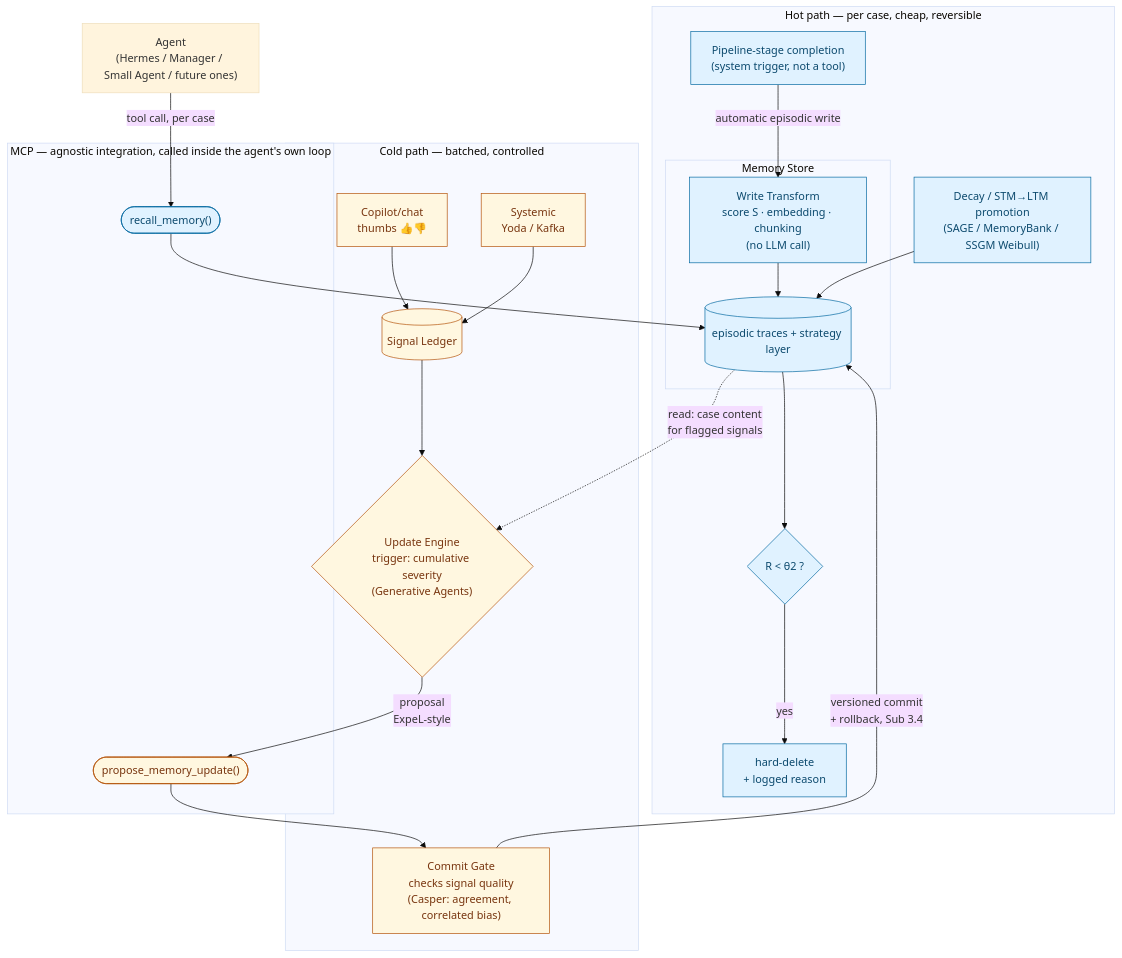
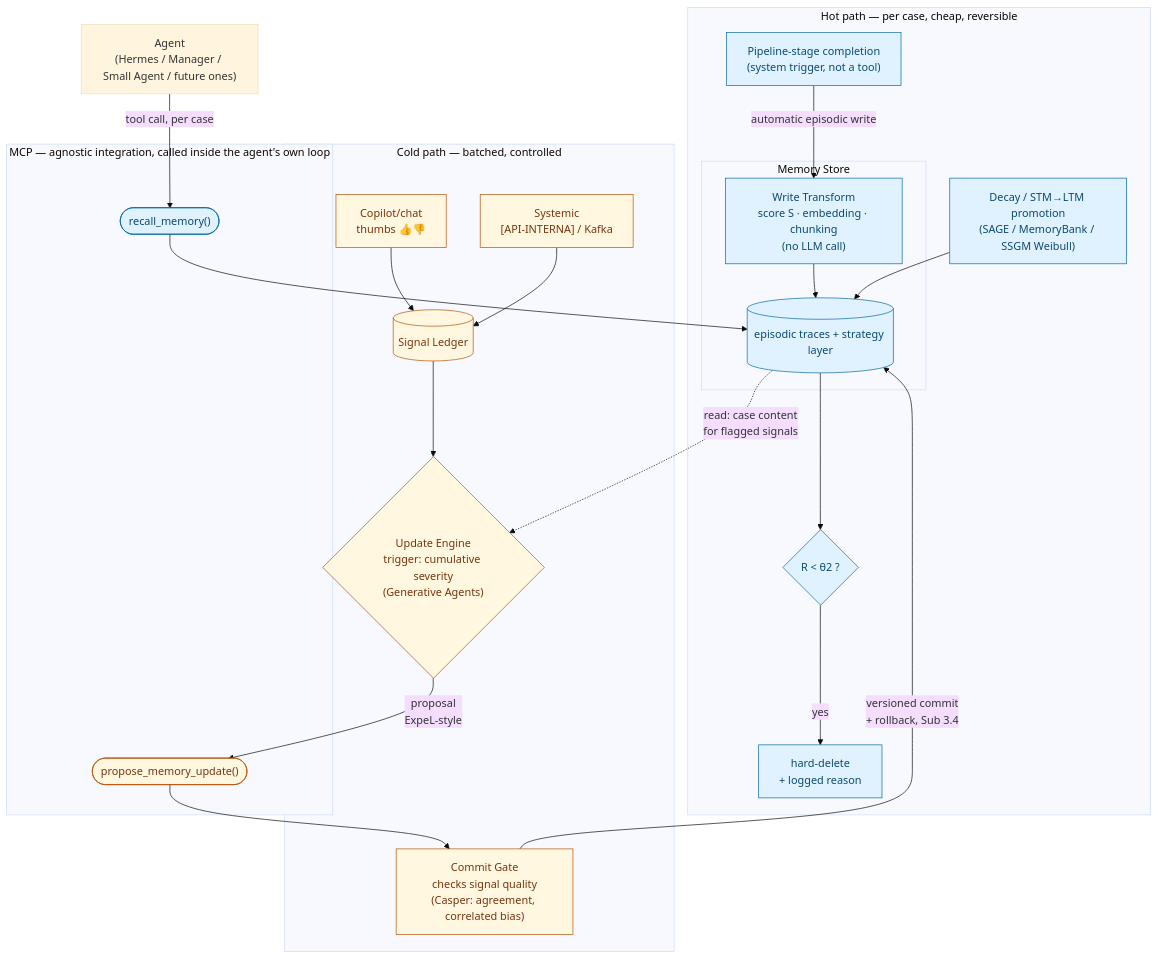
The first of 2 diagrams in discussion/knowledge-as-infra-architecture-hypothesis.md (rc-ventura/memory_layer_ai_agents), drawn with Mermaid (base theme) before and after one commit. The commit also changed other lines of this file and 29 other files, not shown here.

````diff
--- a/discussion/knowledge-as-infra-architecture-hypothesis.md
+++ b/discussion/knowledge-as-infra-architecture-hypothesis.md
@@ -17,38 +17,38 @@
 ```mermaid
 flowchart TB
     Agent["Agent<br/>(Hermes / Manager / Small Agent / future ones)"]
 
     subgraph MCP["MCP — agnostic integration, called inside the agent's own loop"]
         Recall(["recall_memory()"])
         Propose(["propose_memory_update()"])
     end
 
     Agent -->|tool call, per case| Recall
     PipelineEvent["Pipeline-stage completion<br/>(system trigger, not a tool)"]
 
     subgraph Hot["Hot path — per case, cheap, reversible"]
         PipelineEvent -->|automatic episodic write| Transform
         subgraph StoreBox["Memory Store"]
             Transform["Write Transform<br/>score S · embedding · chunking<br/>(no LLM call)"] --> Store[("episodic traces + strategy layer")]
         end
         Recall --> Store
         Decay["Decay / STM→LTM promotion<br/>(SAGE / MemoryBank / SSGM Weibull)"] --> Store
         Store --> HardDelete{"R < θ2 ?"}
         HardDelete -->|yes| Deleted["hard-delete<br/>+ logged reason"]
     end
 
     subgraph Cold["Cold path — batched, controlled"]
         Copilot["Copilot/chat<br/>thumbs 👍👎"] --> Ledger[("Signal Ledger")]
-        Systemic["Systemic<br/>Yoda / Kafka"] --> Ledger
+        Systemic["Systemic<br/>[API-INTERNA] / Kafka"] --> Ledger
         Ledger --> Engine{"Update Engine<br/>trigger: cumulative severity<br/>(Generative Agents)"}
         Store -.->|read: case content<br/>for flagged signals| Engine
         Engine -->|proposal<br/>ExpeL-style| Propose
         Propose --> Gate["Commit Gate<br/>checks signal quality<br/>(Casper: agreement, correlated bias)"]
         Gate -->|versioned commit<br/>+ rollback, Sub 3.4| Store
     end
 
     classDef hot fill:#e0f2ff,stroke:#0369a1,color:#0c4a6e
     classDef cold fill:#fff7e0,stroke:#b45309,color:#78350f
     class Recall,Store,Decay,HardDelete,Deleted,PipelineEvent,Transform hot
     class Copilot,Systemic,Ledger,Engine,Propose,Gate cold
 ```
````
